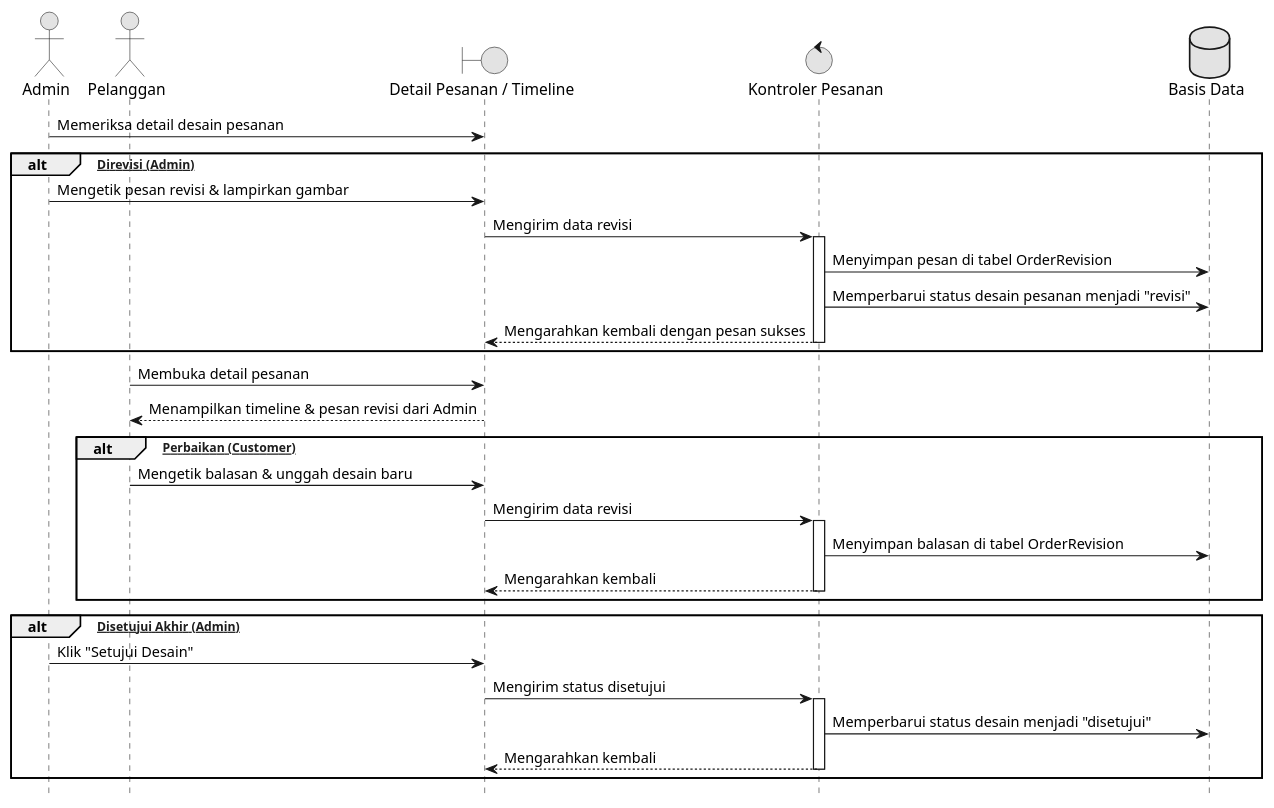
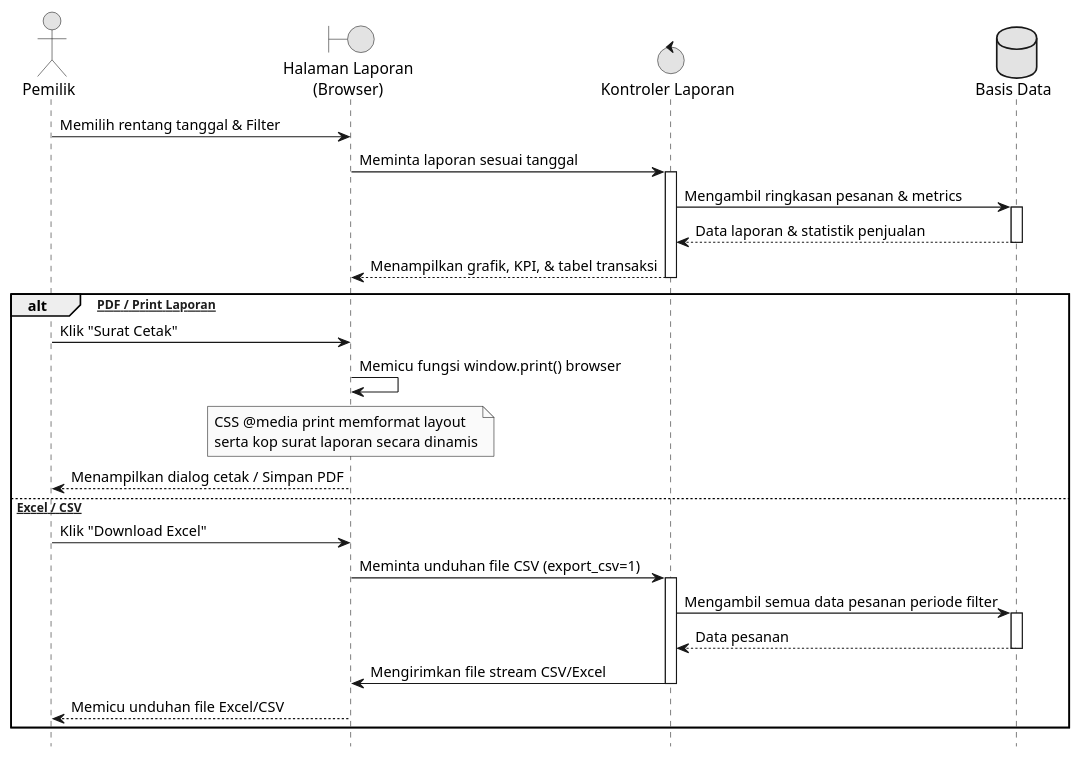
Before and after one commit to Reyonl/project_TA: the ninth of 11 diagrams in docs/diagrams/semua_diagram.puml, drawn with PlantUML. The commit also changed other lines of this file and 79 other files, not shown here.

```diff
--- a/docs/diagrams/semua_diagram.puml
+++ b/docs/diagrams/semua_diagram.puml
@@ -259,44 +319,38 @@
-@startuml 09_Review_Desain
+@startuml 11_Laporan
 hide footbox
 skinparam monochrome true
 skinparam shadowing false
 
-actor "Admin" as Admin
-actor "Pelanggan" as Customer
-boundary "Detail Pesanan / Timeline" as View
-control "Kontroler Pesanan" as Controller
+actor "Pemilik" as Owner
+boundary "Halaman Laporan\n(Browser)" as View
+control "Kontroler Laporan" as Controller
 database "Basis Data" as DB
 
-Admin -> View : Memeriksa detail desain pesanan
+Owner -> View : Memilih rentang tanggal & Filter
+View -> Controller : Meminta laporan sesuai tanggal
+activate Controller
+Controller -> DB : Mengambil ringkasan pesanan & metrics
+activate DB
+DB --> Controller : Data laporan & statistik penjualan
+deactivate DB
+Controller --> View : Menampilkan grafik, KPI, & tabel transaksi
+deactivate Controller
 
-alt [Perlu Direvisi (Admin)]
-    Admin -> View : Mengetik pesan revisi & lampirkan gambar
-    View -> Controller : Mengirim data revisi
+alt [Cetak PDF / Print Laporan]
+    Owner -> View : Klik "Surat Cetak"
+    View -> View : Memicu fungsi window.print() browser
+    note over View : CSS @media print memformat layout\nserta kop surat laporan secara dinamis
+    View --> Owner : Menampilkan dialog cetak / Simpan PDF
+else [Ekspor Excel / CSV]
+    Owner -> View : Klik "Download Excel"
+    View -> Controller : Meminta unduhan file CSV (export_csv=1)
     activate Controller
-    Controller -> DB : Menyimpan pesan di tabel OrderRevision
-    Controller -> DB : Memperbarui status desain pesanan menjadi "revisi"
-    Controller --> View : Mengarahkan kembali dengan pesan sukses
+    Controller -> DB : Mengambil semua data pesanan periode filter
+    activate DB
+    DB --> Controller : Data pesanan
+    deactivate DB
+    Controller -> View : Mengirimkan file stream CSV/Excel
     deactivate Controller
-end
-
-Customer -> View : Membuka detail pesanan
-View --> Customer : Menampilkan timeline & pesan revisi dari Admin
-
-alt [Mengirim Perbaikan (Customer)]
-    Customer -> View : Mengetik balasan & unggah desain baru
-    View -> Controller : Mengirim data revisi
-    activate Controller
-    Controller -> DB : Menyimpan balasan di tabel OrderRevision
-    Controller --> View : Mengarahkan kembali
-    deactivate Controller
-end
-
-alt [Desain Disetujui Akhir (Admin)]
-    Admin -> View : Klik "Setujui Desain"
-    View -> Controller : Mengirim status disetujui
-    activate Controller
-    Controller -> DB : Memperbarui status desain menjadi "disetujui"
-    Controller --> View : Mengarahkan kembali
-    deactivate Controller
+    View --> Owner : Memicu unduhan file Excel/CSV
 end
 @enduml
```
